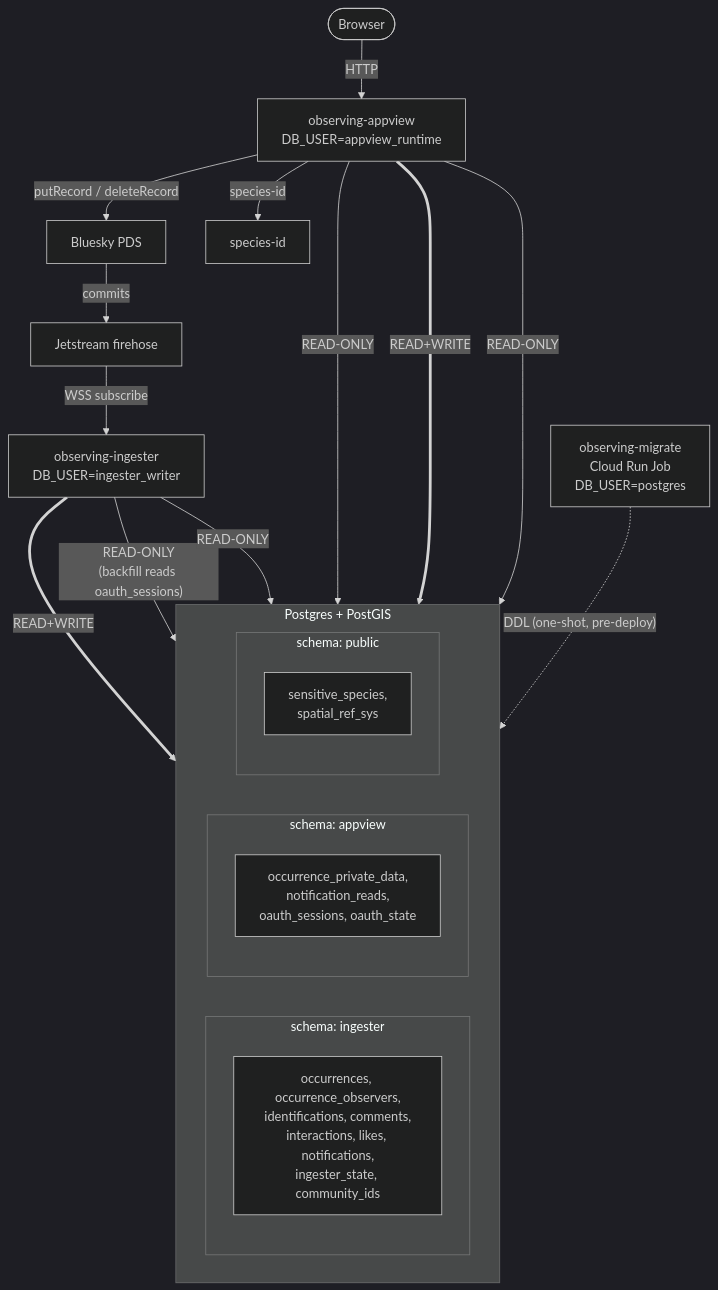
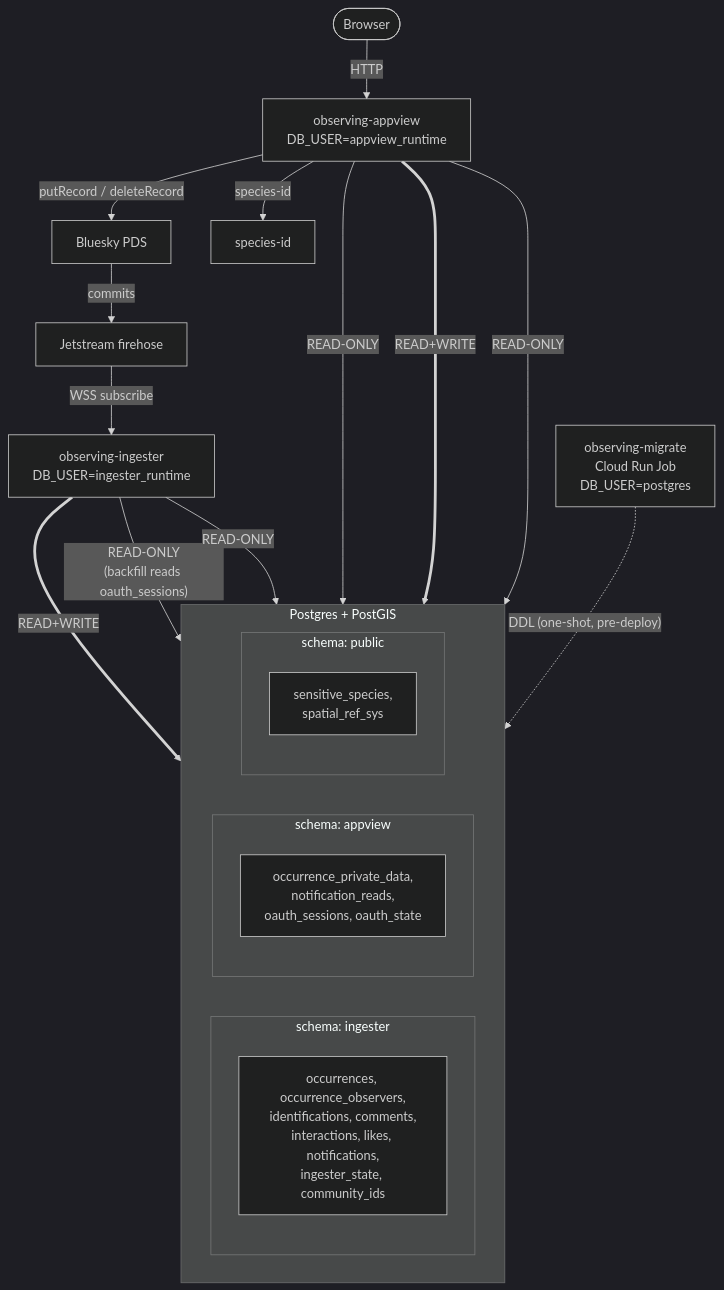
The diagram in docs/architecture.md (observ-ing/core), drawn with Mermaid (dark theme) before and after one commit. The commit also changed other lines of this file and 2 other files, not shown here.

Commit message:
feat(db): rename ingester_writer to ingester_runtime
Matches the `appview_runtime` naming convention introduced in #328. The
role isn't strictly a "writer" either — it also holds SELECT on
`appview.oauth_sessions` (for the `backfill --all` binary) and
`public.sensitive_species` — so "runtime" describes it more honestly.

Uses `ALTER ROLE ... RENAME TO ...`, which preserves the password, all
grants, and ownership (including the `ingester.community_ids` matview),
so no grant migrations need to be re-run. Migration is idempotent — it
no-ops if the target role already exists and skips on local/CI where the
source role doesn't exist.

No deploy race: migrations now run via the `observing-migrate` Cloud Run
Job (#330) before any service deploys, so by the time the ingester
revision comes up with `DB_USER=ingester_runtime` the rename has
already completed.

````diff
--- a/docs/architecture.md
+++ b/docs/architecture.md
@@ -5,39 +5,39 @@
 ```mermaid
 flowchart TB
     User([Browser])
     PDS[Bluesky PDS]
     JS[Jetstream firehose]
     AV[observing-appview<br/>DB_USER=appview_runtime]
-    IG[observing-ingester<br/>DB_USER=ingester_writer]
+    IG[observing-ingester<br/>DB_USER=ingester_runtime]
     MIG[observing-migrate<br/>Cloud Run Job<br/>DB_USER=postgres]
     SID[species-id]
 
     subgraph DB["Postgres + PostGIS"]
       direction LR
       subgraph ING["schema: ingester"]
         ING_TBL["occurrences, occurrence_observers,<br/>identifications, comments,<br/>interactions, likes, notifications,<br/>ingester_state, community_ids"]
       end
       subgraph APPV["schema: appview"]
         APPV_TBL["occurrence_private_data,<br/>notification_reads,<br/>oauth_sessions, oauth_state"]
       end
       subgraph PUB["schema: public"]
         PUB_TBL["sensitive_species,<br/>spatial_ref_sys"]
       end
     end
 
     User -- HTTP --> AV
     AV -- "putRecord / deleteRecord" --> PDS
     PDS -- commits --> JS
     JS -- "WSS subscribe" --> IG
     AV -- species-id --> SID
 
     IG == "READ+WRITE" ==> ING
     IG -- "READ-ONLY<br/>(backfill reads oauth_sessions)" --> APPV
     IG -- "READ-ONLY" --> PUB
 
     AV -- "READ-ONLY" --> ING
     AV == "READ+WRITE" ==> APPV
     AV -- "READ-ONLY" --> PUB
 
     MIG -. "DDL (one-shot, pre-deploy)" .-> DB
 ```
````
